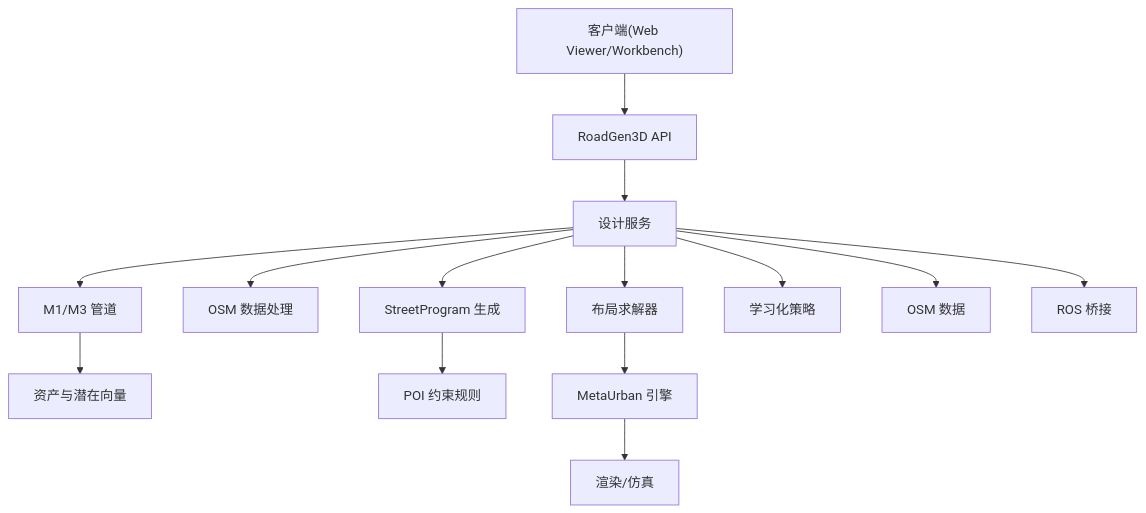
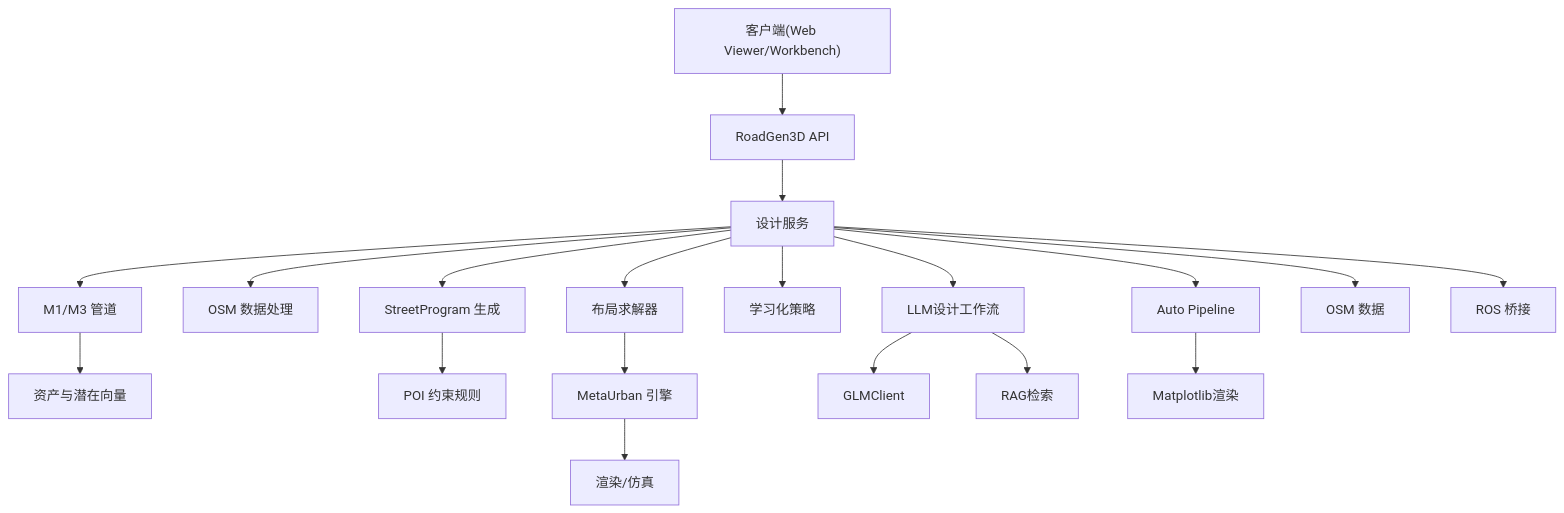
One commit to wsqstar/RoadGen3D changed diagram 19 of 19 in .qoder/repowiki/zh/content/系统架构/系统架构.md. Above: the diagram before and after it, drawn with Mermaid. The commit also changed other lines of this file and 8 other files, not shown here.

First line of the commit message:
feat(docs): update architecture docs with Auto Scene Pipeline and API details

````diff
--- a/.qoder/repowiki/zh/content/系统架构/系统架构.md
+++ b/.qoder/repowiki/zh/content/系统架构/系统架构.md
@@ -755,16 +974,21 @@
 ```mermaid
 graph TB
 Client["客户端(Web Viewer/Workbench)"] --> API["RoadGen3D API"]
 API --> Design["设计服务"]
 Design --> Pipeline["M1/M3 管道"]
 Design --> OSM["OSM 数据处理"]
 Design --> Program["StreetProgram 生成"]
 Design --> Solver["布局求解器"]
 Design --> Policy["学习化策略"]
+Design --> Workflow["LLM设计工作流"]
+Design --> AutoPipe["Auto Pipeline"]
 Pipeline --> Assets["资产与潜在向量"]
 Program --> Rules["POI 约束规则"]
 Solver --> Engine["MetaUrban 引擎"]
 Engine --> Render["渲染/仿真"]
 Design --> OSMData["OSM 数据"]
 Design --> ROS["ROS 桥接"]
+Workflow --> GLM["GLMClient"]
+Workflow --> RAG["RAG检索"]
+AutoPipe --> MPL["Matplotlib渲染"]
 ```
````
